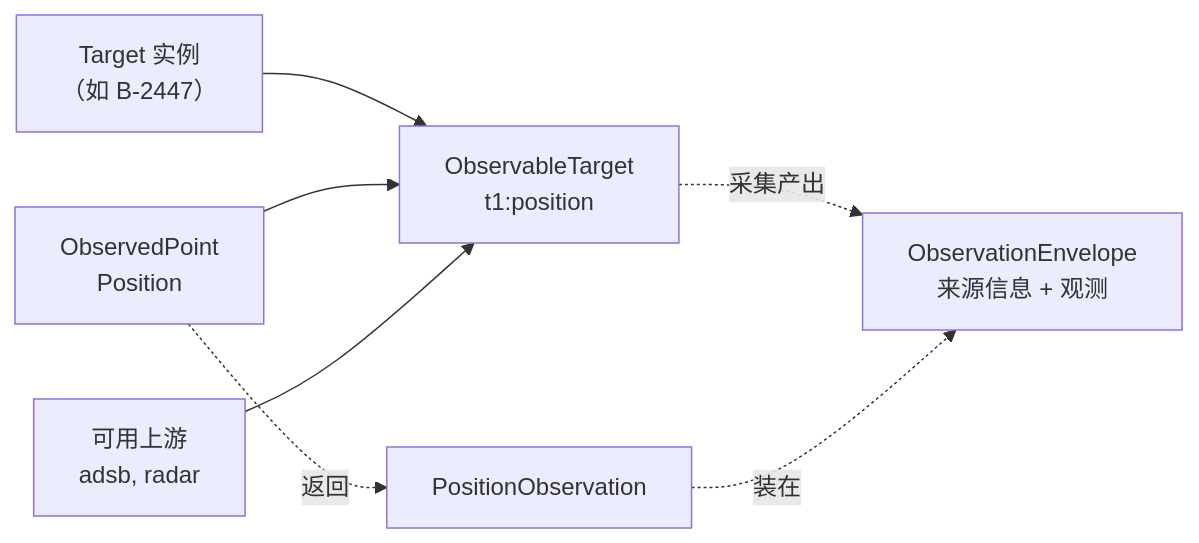
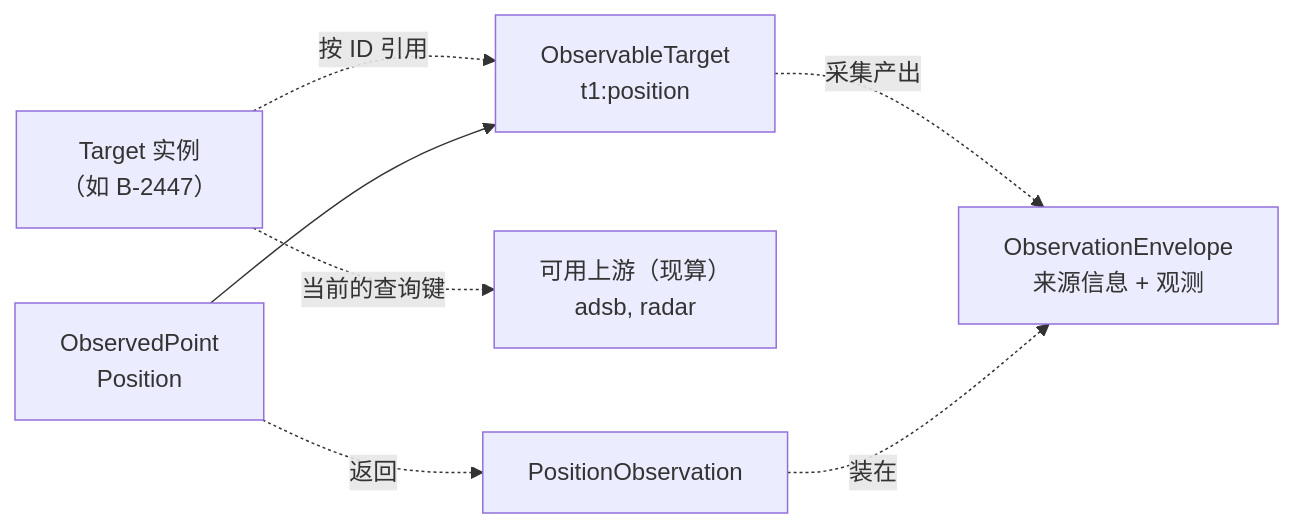
The third of 5 diagrams in README.md (Jeromexsu/Orion), drawn with Mermaid before and after one commit. The commit also changed other lines of this file and 11 other files, not shown here.

First line of the commit message:
refactor(target): observable targets keep the target ID, not the target

````diff
--- a/README.md
+++ b/README.md
@@ -120,9 +120,9 @@
 ```mermaid
 graph LR
-  T["Target 实例<br/>（如 B-2447）"] --> OT["ObservableTarget<br/>t1:position"]
+  T["Target 实例<br/>（如 B-2447）"] -. 按 ID 引用 .-> OT["ObservableTarget<br/>t1:position"]
   P["ObservedPoint<br/>Position"] --> OT
-  U["可用上游<br/>adsb, radar"] --> OT
+  T -. 当前的查询键 .-> U["可用上游（现算）<br/>adsb, radar"]
   P -. 返回 .-> OB["PositionObservation"]
   OT -. 采集产出 .-> ENV["ObservationEnvelope<br/>来源信息 + 观测"]
   OB -. 装在 .-> ENV
 ```
````
